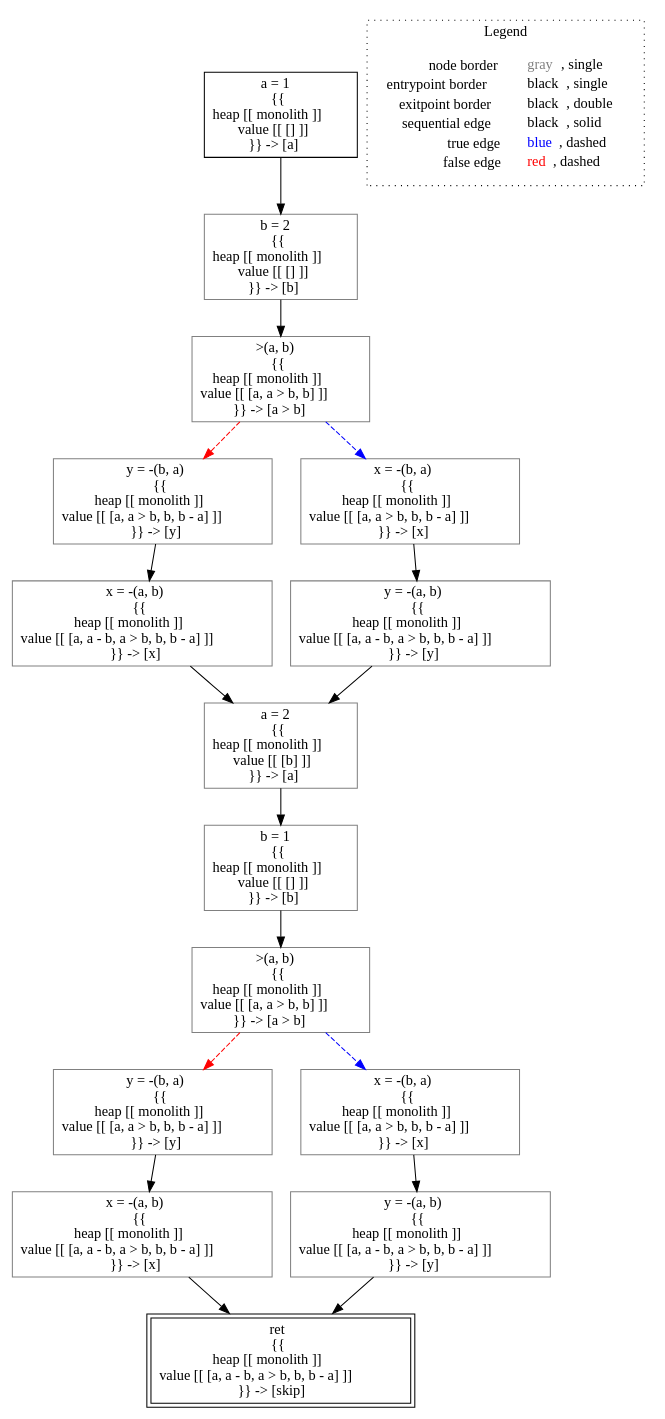
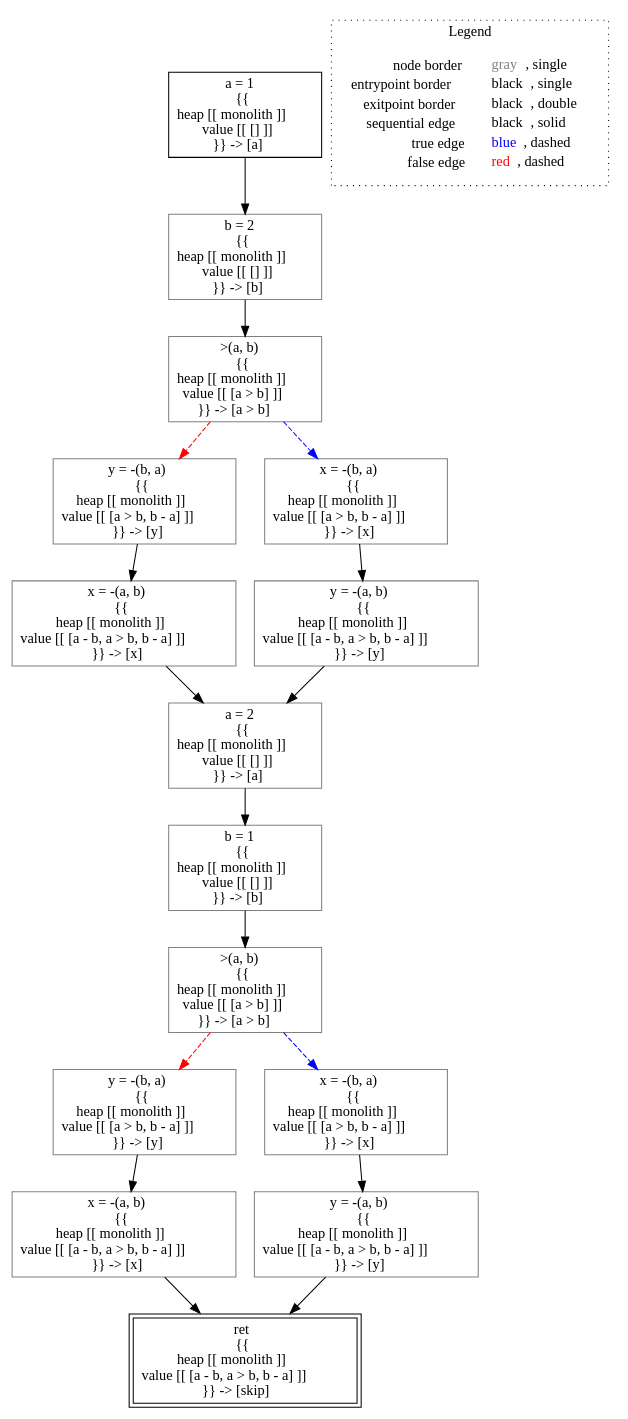
The diagram in outputs/analysis___untyped_AvailableExpressions.veryBusyTest(AvailableExpressions__this).dot (lucaneg/scsr-2022), drawn with Graphviz before and after one commit. The commit also changed 4 other files, not shown here.

```diff
--- a/outputs/analysis___untyped_AvailableExpressions.veryBusyTest(AvailableExpressions__this).dot
+++ b/outputs/analysis___untyped_AvailableExpressions.veryBusyTest(AvailableExpressions__this).dot
@@ -1,40 +1,40 @@
 digraph {
 	"node0" [shape="rect",color="black",label=<a = 1<BR/>{{<BR/>heap [[ monolith ]]<BR/>value [[ [] ]]<BR/>}} -&gt; [a]>];
-	"node1" [shape="rect",color="gray",label=<y = -(b, a)<BR/>{{<BR/>heap [[ monolith ]]<BR/>value [[ [a, a &gt; b, b, b - a] ]]<BR/>}} -&gt; [y]>];
-	"node2" [shape="rect",color="gray",label=<y = -(a, b)<BR/>{{<BR/>heap [[ monolith ]]<BR/>value [[ [a, a - b, a &gt; b, b, b - a] ]]<BR/>}} -&gt; [y]>];
-	"node3" [shape="rect",color="gray",label=<x = -(b, a)<BR/>{{<BR/>heap [[ monolith ]]<BR/>value [[ [a, a &gt; b, b, b - a] ]]<BR/>}} -&gt; [x]>];
-	"node4" [shape="rect",color="gray",label=<a = 2<BR/>{{<BR/>heap [[ monolith ]]<BR/>value [[ [b] ]]<BR/>}} -&gt; [a]>];
+	"node1" [shape="rect",color="gray",label=<y = -(b, a)<BR/>{{<BR/>heap [[ monolith ]]<BR/>value [[ [a &gt; b, b - a] ]]<BR/>}} -&gt; [y]>];
+	"node2" [shape="rect",color="gray",label=<y = -(a, b)<BR/>{{<BR/>heap [[ monolith ]]<BR/>value [[ [a - b, a &gt; b, b - a] ]]<BR/>}} -&gt; [y]>];
+	"node3" [shape="rect",color="gray",label=<x = -(b, a)<BR/>{{<BR/>heap [[ monolith ]]<BR/>value [[ [a &gt; b, b - a] ]]<BR/>}} -&gt; [x]>];
+	"node4" [shape="rect",color="gray",label=<a = 2<BR/>{{<BR/>heap [[ monolith ]]<BR/>value [[ [] ]]<BR/>}} -&gt; [a]>];
 	"node5" [shape="rect",color="gray",label=<b = 1<BR/>{{<BR/>heap [[ monolith ]]<BR/>value [[ [] ]]<BR/>}} -&gt; [b]>];
-	"node6" [shape="rect",color="gray",label=<x = -(a, b)<BR/>{{<BR/>heap [[ monolith ]]<BR/>value [[ [a, a - b, a &gt; b, b, b - a] ]]<BR/>}} -&gt; [x]>];
-	"node7" [shape="rect",color="gray",label=<&gt;(a, b)<BR/>{{<BR/>heap [[ monolith ]]<BR/>value [[ [a, a &gt; b, b] ]]<BR/>}} -&gt; [a &gt; b]>];
+	"node6" [shape="rect",color="gray",label=<x = -(a, b)<BR/>{{<BR/>heap [[ monolith ]]<BR/>value [[ [a - b, a &gt; b, b - a] ]]<BR/>}} -&gt; [x]>];
+	"node7" [shape="rect",color="gray",label=<&gt;(a, b)<BR/>{{<BR/>heap [[ monolith ]]<BR/>value [[ [a &gt; b] ]]<BR/>}} -&gt; [a &gt; b]>];
 	"node8" [shape="rect",color="gray",label=<b = 2<BR/>{{<BR/>heap [[ monolith ]]<BR/>value [[ [] ]]<BR/>}} -&gt; [b]>];
-	"node9" [shape="rect",color="gray",label=<y = -(a, b)<BR/>{{<BR/>heap [[ monolith ]]<BR/>value [[ [a, a - b, a &gt; b, b, b - a] ]]<BR/>}} -&gt; [y]>];
-	"node10" [shape="rect",color="gray",label=<y = -(b, a)<BR/>{{<BR/>heap [[ monolith ]]<BR/>value [[ [a, a &gt; b, b, b - a] ]]<BR/>}} -&gt; [y]>];
-	"node11" [shape="rect",color="gray",label=<x = -(a, b)<BR/>{{<BR/>heap [[ monolith ]]<BR/>value [[ [a, a - b, a &gt; b, b, b - a] ]]<BR/>}} -&gt; [x]>];
-	"node12" [shape="rect",color="gray",label=<x = -(b, a)<BR/>{{<BR/>heap [[ monolith ]]<BR/>value [[ [a, a &gt; b, b, b - a] ]]<BR/>}} -&gt; [x]>];
-	"node13" [shape="rect",color="gray",label=<&gt;(a, b)<BR/>{{<BR/>heap [[ monolith ]]<BR/>value [[ [a, a &gt; b, b] ]]<BR/>}} -&gt; [a &gt; b]>];
-	"node14" [shape="rect",color="black",peripheries="2",label=<ret<BR/>{{<BR/>heap [[ monolith ]]<BR/>value [[ [a, a - b, a &gt; b, b, b - a] ]]<BR/>}} -&gt; [skip]>];
+	"node9" [shape="rect",color="gray",label=<y = -(a, b)<BR/>{{<BR/>heap [[ monolith ]]<BR/>value [[ [a - b, a &gt; b, b - a] ]]<BR/>}} -&gt; [y]>];
+	"node10" [shape="rect",color="gray",label=<y = -(b, a)<BR/>{{<BR/>heap [[ monolith ]]<BR/>value [[ [a &gt; b, b - a] ]]<BR/>}} -&gt; [y]>];
+	"node11" [shape="rect",color="gray",label=<x = -(a, b)<BR/>{{<BR/>heap [[ monolith ]]<BR/>value [[ [a - b, a &gt; b, b - a] ]]<BR/>}} -&gt; [x]>];
+	"node12" [shape="rect",color="gray",label=<x = -(b, a)<BR/>{{<BR/>heap [[ monolith ]]<BR/>value [[ [a &gt; b, b - a] ]]<BR/>}} -&gt; [x]>];
+	"node13" [shape="rect",color="gray",label=<&gt;(a, b)<BR/>{{<BR/>heap [[ monolith ]]<BR/>value [[ [a &gt; b] ]]<BR/>}} -&gt; [a &gt; b]>];
+	"node14" [shape="rect",color="black",peripheries="2",label=<ret<BR/>{{<BR/>heap [[ monolith ]]<BR/>value [[ [a - b, a &gt; b, b - a] ]]<BR/>}} -&gt; [skip]>];
 	"node1" -> "node11" [color="black"];
 	"node2" -> "node14" [color="black"];
 	"node3" -> "node9" [color="black"];
 	"node4" -> "node5" [color="black"];
 	"node5" -> "node13" [color="black"];
 	"node6" -> "node14" [color="black"];
 	"node7" -> "node1" [color="red",style="dashed"];
 	"node7" -> "node3" [color="blue",style="dashed"];
 	"node8" -> "node7" [color="black"];
 	"node9" -> "node4" [color="black"];
 	"node0" -> "node8" [color="black"];
 	"node10" -> "node6" [color="black"];
 	"node11" -> "node4" [color="black"];
 	"node12" -> "node2" [color="black"];
 	"node13" -> "node10" [color="red",style="dashed"];
 	"node13" -> "node12" [color="blue",style="dashed"];
 subgraph cluster_legend {
 	label="Legend";
 	style=dotted;
 	node [shape=plaintext];
 	"legend" [label=<<table border="0" cellpadding="2" cellspacing="0" cellborder="0"><tr><td align="right">node border&nbsp;</td><td align="left"><font color="gray">gray</font>, single</td></tr><tr><td align="right">entrypoint border&nbsp;</td><td align="left"><font color="black">black</font>, single</td></tr><tr><td align="right">exitpoint border&nbsp;</td><td align="left"><font color="black">black</font>, double</td></tr><tr><td align="right">sequential edge&nbsp;</td><td align="left"><font color="black">black</font>, solid</td></tr><tr><td align="right">true edge&nbsp;</td><td align="left"><font color="blue">blue</font>, dashed</td></tr><tr><td align="right">false edge&nbsp;</td><td align="left"><font color="red">red</font>, dashed</td></tr></table>>];
 }
 
 }
```
